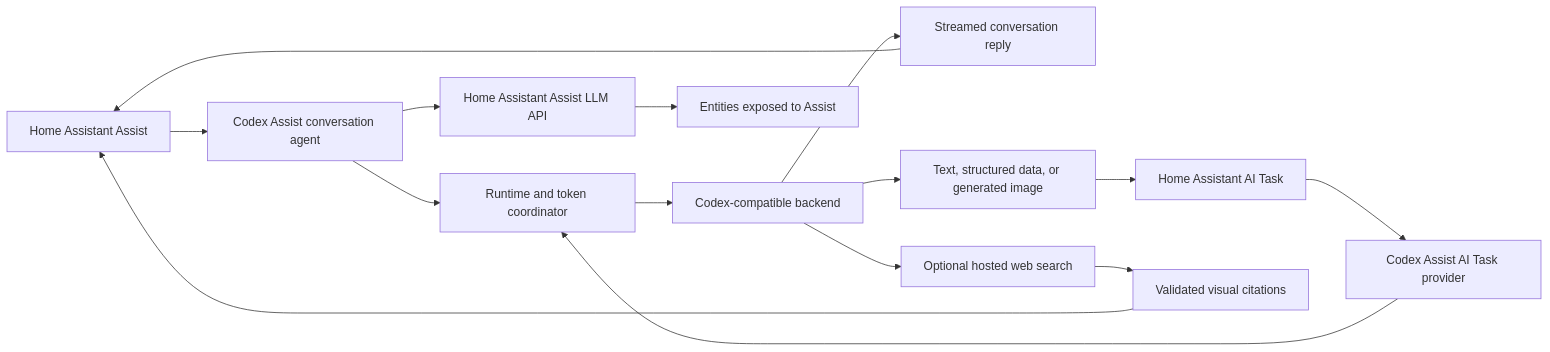
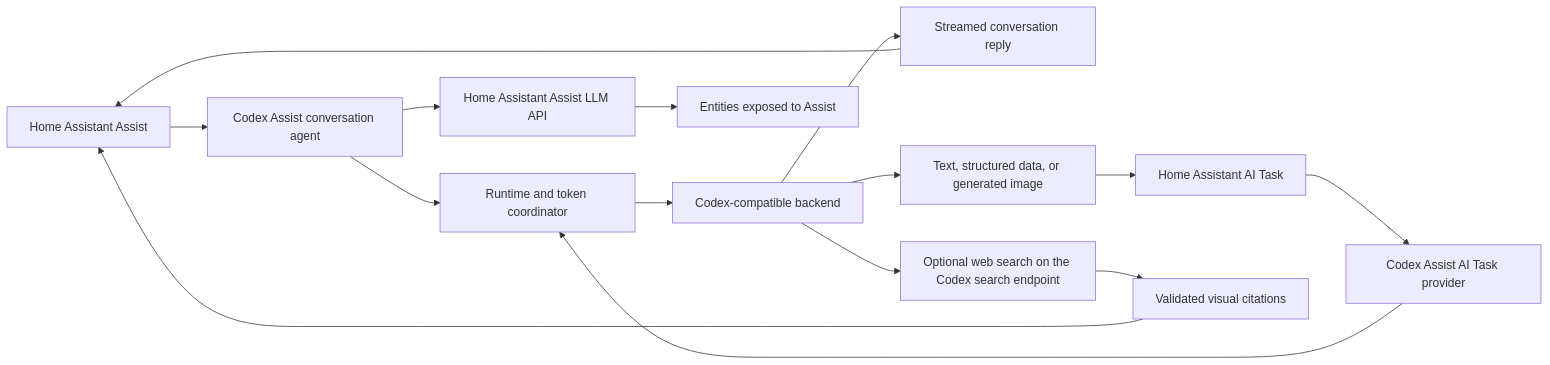
Before and after one commit to itsreverence/ha-codex-assist: the diagram in docs/ARCHITECTURE.md, drawn with Mermaid. The commit also changed other lines of this file and 8 other files, not shown here.

First line of the commit message:
fix: run web search client side on the Codex search endpoint

````diff
--- a/docs/ARCHITECTURE.md
+++ b/docs/ARCHITECTURE.md
@@ -5,21 +5,21 @@
 ```mermaid
 flowchart LR
     Assist[Home Assistant Assist] --> Conversation[Codex Assist conversation agent]
     AITask[Home Assistant AI Task] --> Provider[Codex Assist AI Task provider]
 
     Conversation --> Runtime[Runtime and token coordinator]
     Provider --> Runtime
     Runtime --> Codex[Codex-compatible backend]
 
     Conversation --> Bridge[Home Assistant Assist LLM API]
     Bridge --> Exposed[Entities exposed to Assist]
 
     Codex --> Reply[Streamed conversation reply]
-    Codex --> Search[Optional hosted web search]
+    Codex --> Search[Optional web search on the Codex search endpoint]
     Search --> Citations[Validated visual citations]
     Codex --> TaskResult[Text, structured data, or generated image]
 
     Reply --> Assist
     Citations --> Assist
     TaskResult --> AITask
 ```
````
